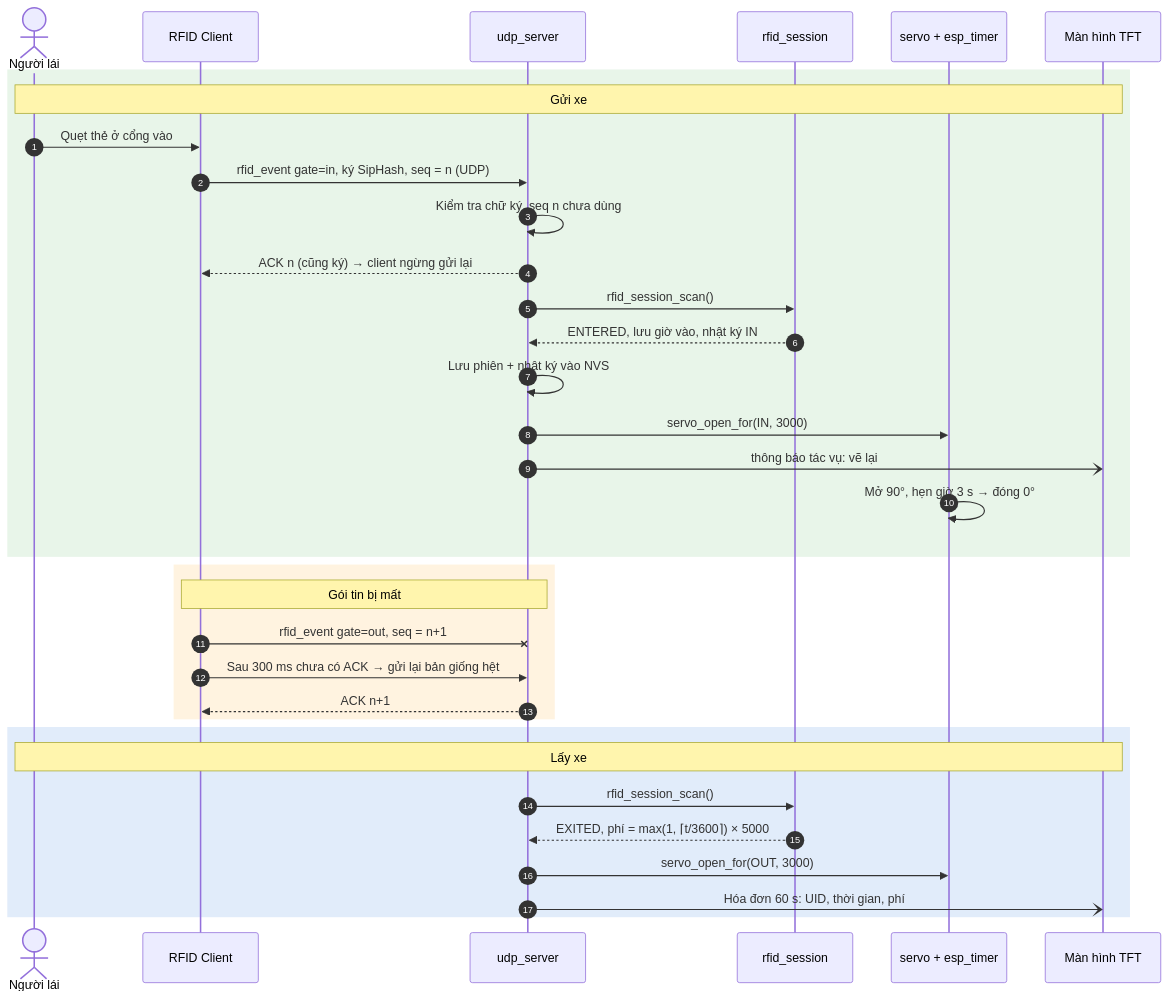
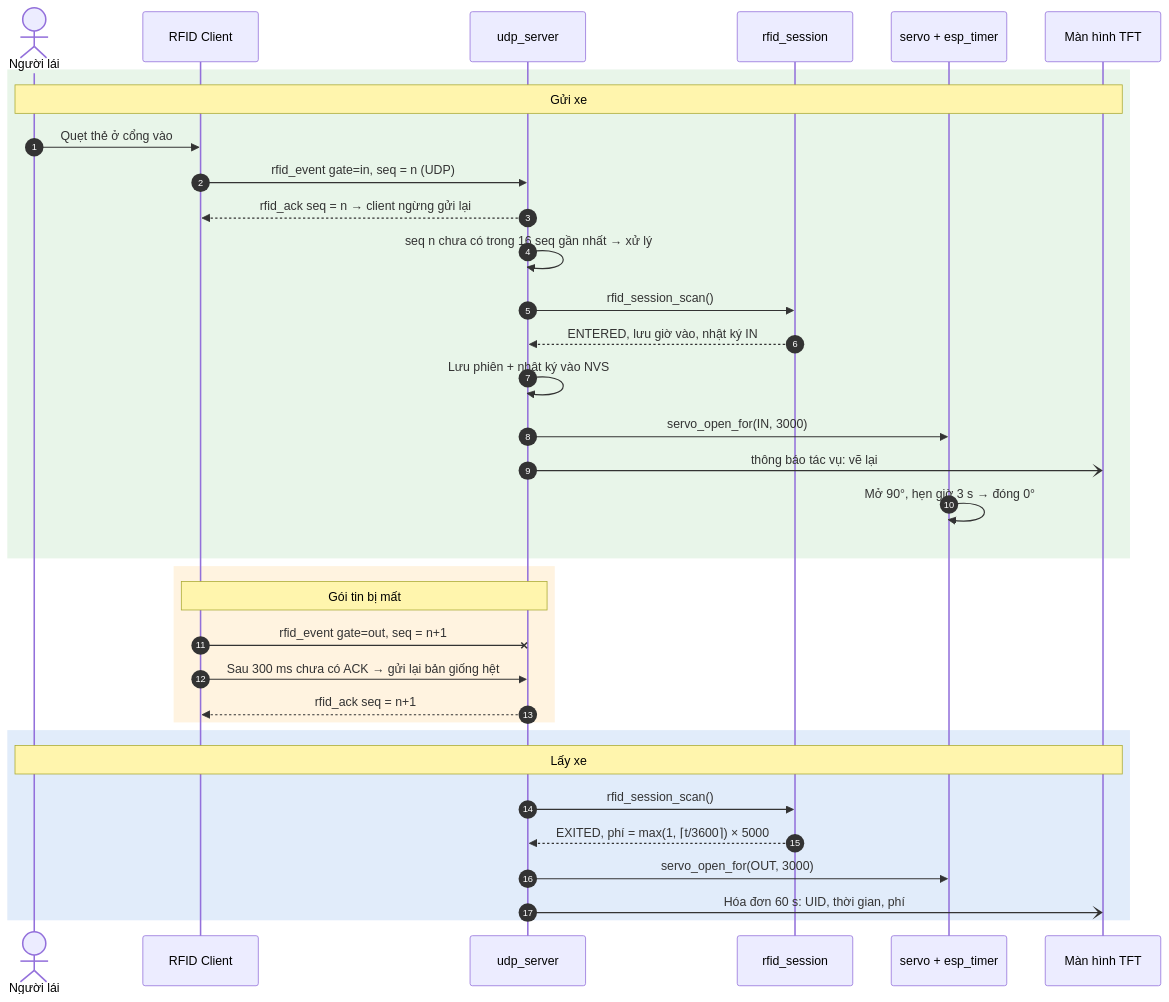
One commit to thinhdinh25/INT3108_embedded-Smart-Parking-Project changed the diagram in report/diagrams/seq_rfid.mmd. Above: the diagram before and after it, drawn with Mermaid. The commit also changed 57 other files, not shown here.

```diff
--- a/report/diagrams/seq_rfid.mmd
+++ b/report/diagrams/seq_rfid.mmd
@@ -1,34 +1,34 @@
 sequenceDiagram
   autonumber
   actor U as Người lái
   participant C as RFID Client
   participant S as udp_server
   participant R as rfid_session
   participant B as servo + esp_timer
   participant L as Màn hình TFT
   rect rgb(232, 245, 233)
   Note over U,L: Gửi xe
   U->>C: Quẹt thẻ ở cổng vào
-  C->>S: rfid_event gate=in, ký SipHash, seq = n (UDP)
-  S->>S: Kiểm tra chữ ký, seq n chưa dùng
-  S-->>C: ACK n (cũng ký) → client ngừng gửi lại
+  C->>S: rfid_event gate=in, seq = n (UDP)
+  S-->>C: rfid_ack seq = n → client ngừng gửi lại
+  S->>S: seq n chưa có trong 16 seq gần nhất → xử lý
   S->>R: rfid_session_scan()
   R-->>S: ENTERED, lưu giờ vào, nhật ký IN
   S->>S: Lưu phiên + nhật ký vào NVS
   S->>B: servo_open_for(IN, 3000)
   S-)L: thông báo tác vụ: vẽ lại
   B->>B: Mở 90°, hẹn giờ 3 s → đóng 0°
   end
   rect rgb(255, 243, 224)
   Note over C,S: Gói tin bị mất
   C-xS: rfid_event gate=out, seq = n+1
   C->>S: Sau 300 ms chưa có ACK → gửi lại bản giống hệt
-  S-->>C: ACK n+1
+  S-->>C: rfid_ack seq = n+1
   end
   rect rgb(225, 236, 250)
   Note over U,L: Lấy xe
   S->>R: rfid_session_scan()
   R-->>S: EXITED, phí = max(1, ⌈t/3600⌉) × 5000
   S->>B: servo_open_for(OUT, 3000)
   S-)L: Hóa đơn 60 s: UID, thời gian, phí
   end
```
